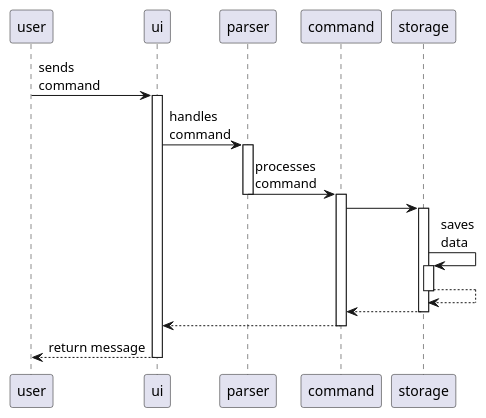
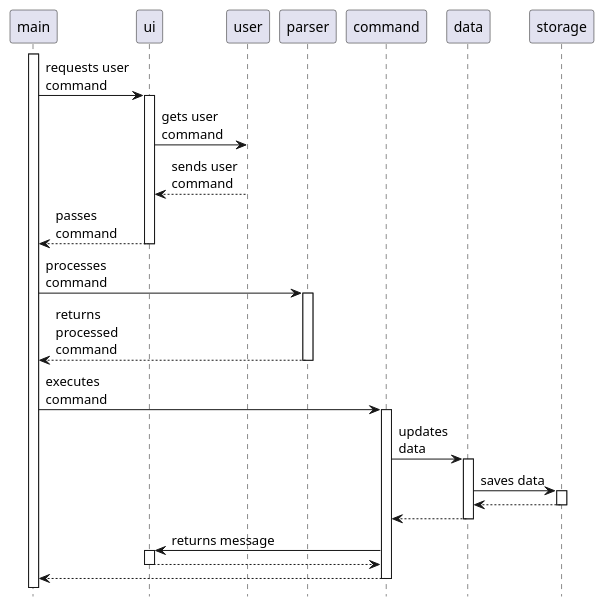
The diagram in src/uml/overall.puml (xieyaoyue/tp), drawn with PlantUML before and after one commit. The commit also changed 2 other files, not shown here.

Commit message:
updates uml

```diff
--- a/src/uml/overall.puml
+++ b/src/uml/overall.puml
@@ -1,31 +1,36 @@
 @startuml
 
-user -> ui: sends \ncommand
+hide footbox
+
+activate main
+main -> ui: requests user \ncommand
 activate ui
+ui -> user: gets user \ncommand
+user --> ui: sends user \ncommand
+ui --> main: passes \ncommand
+deactivate ui
 
-ui -> parser: handles \ncommand
+main -> parser: processes \ncommand
 activate parser
-
-parser -> command: processes \ncommand
+parser --> main: returns \nprocessed \ncommand
 deactivate parser
+main -> command: executes \ncommand
 activate command
 
-command -> storage
+command -> data: updates \ndata
+activate data
+data -> storage: saves data
 activate storage
-
-storage -> storage: saves \ndata
-activate storage
-
-storage --> storage
+storage --> data
 deactivate storage
-
-storage --> command
-deactivate storage
-
-command --> ui:
+data --> command
+deactivate data
+command -> ui: returns message
+activate ui
+ui --> command
+deactivate ui
+command --> main
 deactivate command
 
-ui --> user: return message
-deactivate ui
 
 @enduml
```
